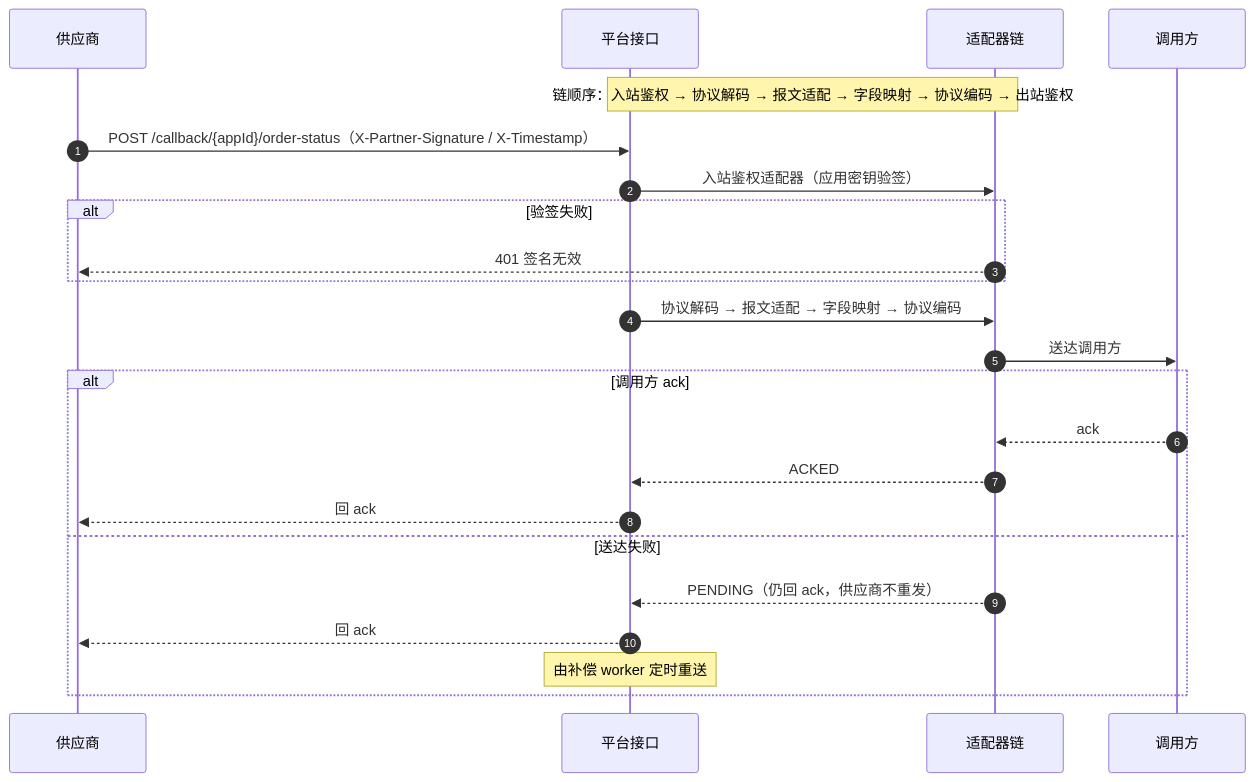
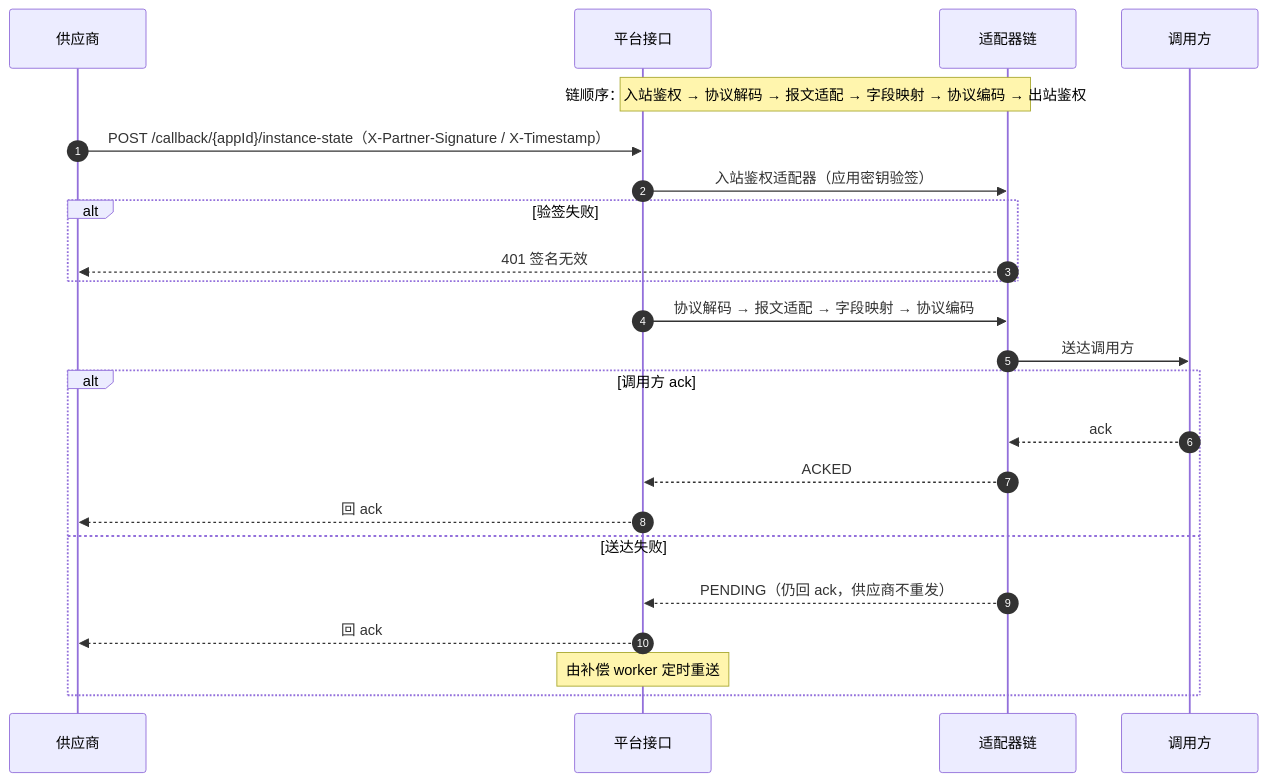
One commit to HelloWorldKing1/apicenter changed the third of 4 diagrams in src/main/resources/doc/API中心时序图与流程图.md. Above: the diagram before and after it, drawn with Mermaid. The commit also changed other lines of this file and 2 other files, not shown here.

````diff
--- a/src/main/resources/doc/API中心时序图与流程图.md
+++ b/src/main/resources/doc/API中心时序图与流程图.md
@@ -65,26 +65,26 @@
 ```mermaid
 sequenceDiagram
     autonumber
     participant SP as 供应商
     participant GW as 平台接口
     participant 链 as 适配器链
     participant 调用方 as 调用方
 
     Note over GW,链: 链顺序：入站鉴权 → 协议解码 → 报文适配 → 字段映射 → 协议编码 → 出站鉴权
-    SP->>GW: POST /callback/{appId}/order-status（X-Partner-Signature / X-Timestamp）
+    SP->>GW: POST /callback/{appId}/instance-state（X-Partner-Signature / X-Timestamp）
     GW->>链: 入站鉴权适配器（应用密钥验签）
     alt 验签失败
         链-->>SP: 401 签名无效
     end
     GW->>链: 协议解码 → 报文适配 → 字段映射 → 协议编码
     链->>调用方: 送达调用方
     alt 调用方 ack
         调用方-->>链: ack
         链-->>GW: ACKED
         GW-->>SP: 回 ack
     else 送达失败
         链-->>GW: PENDING（仍回 ack，供应商不重发）
         GW-->>SP: 回 ack
         Note over GW: 由补偿 worker 定时重送
     end
 ```
````
